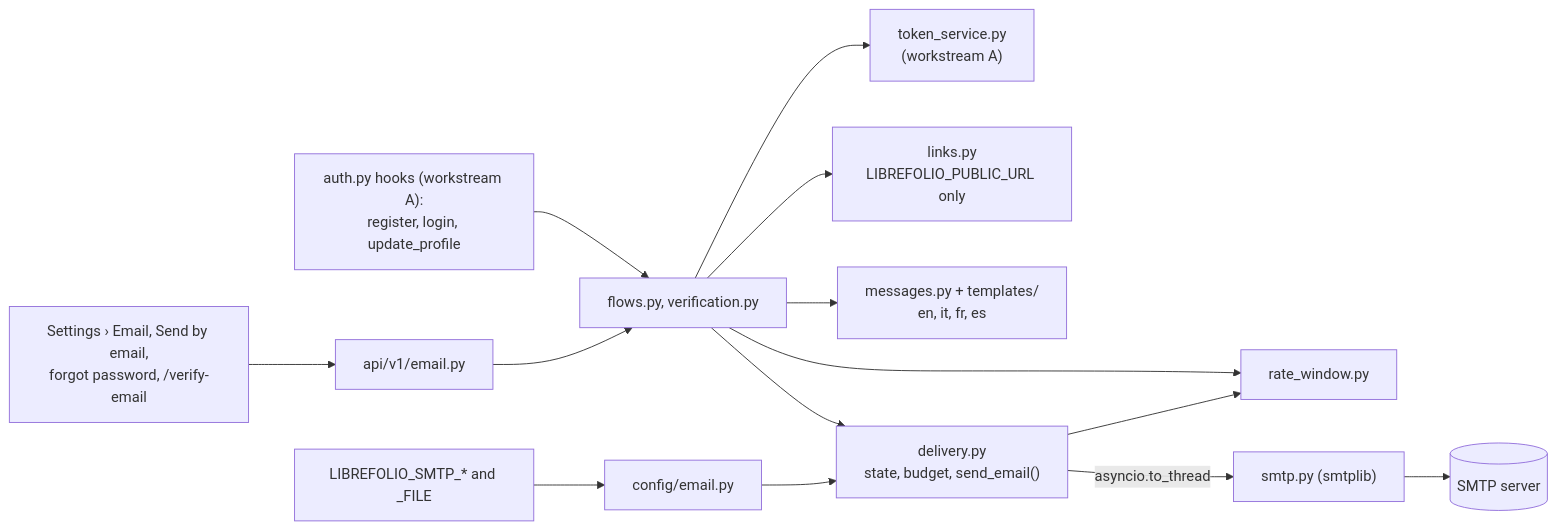
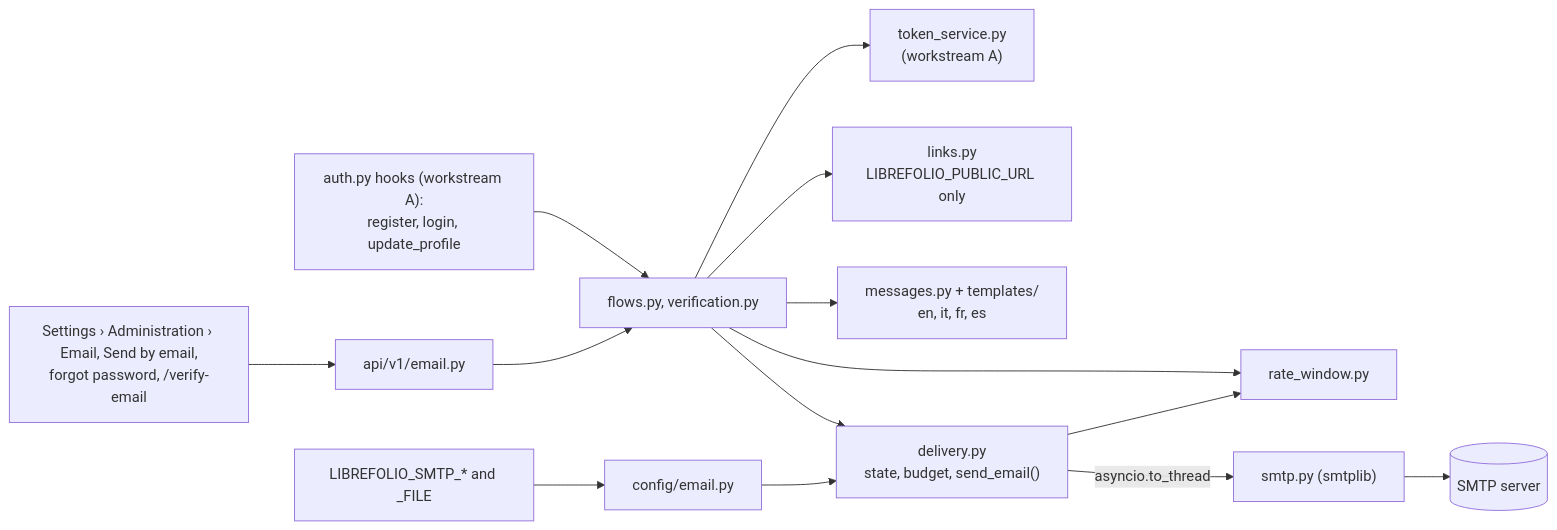
Before and after one commit to Librefolio/LibreFolio: the diagram in LibreFolio_devWiki/wiki/domains/email.md, drawn with Mermaid. The commit also changed other lines of this file and 2 other files, not shown here.

Commit message:
docs(email): Settings › Administration › Email paths

````diff
--- a/LibreFolio_devWiki/wiki/domains/email.md
+++ b/LibreFolio_devWiki/wiki/domains/email.md
@@ -63,16 +63,16 @@
 ```mermaid
 graph LR
     Env["LIBREFOLIO_SMTP_* and _FILE"] --> Cfg["config/email.py"]
-    UI["Settings › Email, Send by email,<br/>forgot password, /verify-email"] --> API["api/v1/email.py"]
+    UI["Settings › Administration › Email, Send by email,<br/>forgot password, /verify-email"] --> API["api/v1/email.py"]
     Hooks["auth.py hooks (workstream A):<br/>register, login, update_profile"] --> Flows["flows.py, verification.py"]
     API --> Flows
     Flows --> Tokens["token_service.py<br/>(workstream A)"]
     Flows --> Links["links.py<br/>LIBREFOLIO_PUBLIC_URL only"]
     Flows --> Msg["messages.py + templates/<br/>en, it, fr, es"]
     Flows --> Send["delivery.py<br/>state, budget, send_email()"]
     Cfg --> Send
     Flows --> RW["rate_window.py"]
     Send --> RW
     Send -->|asyncio.to_thread| SMTP["smtp.py (smtplib)"]
     SMTP --> Server[("SMTP server")]
 ```
````
